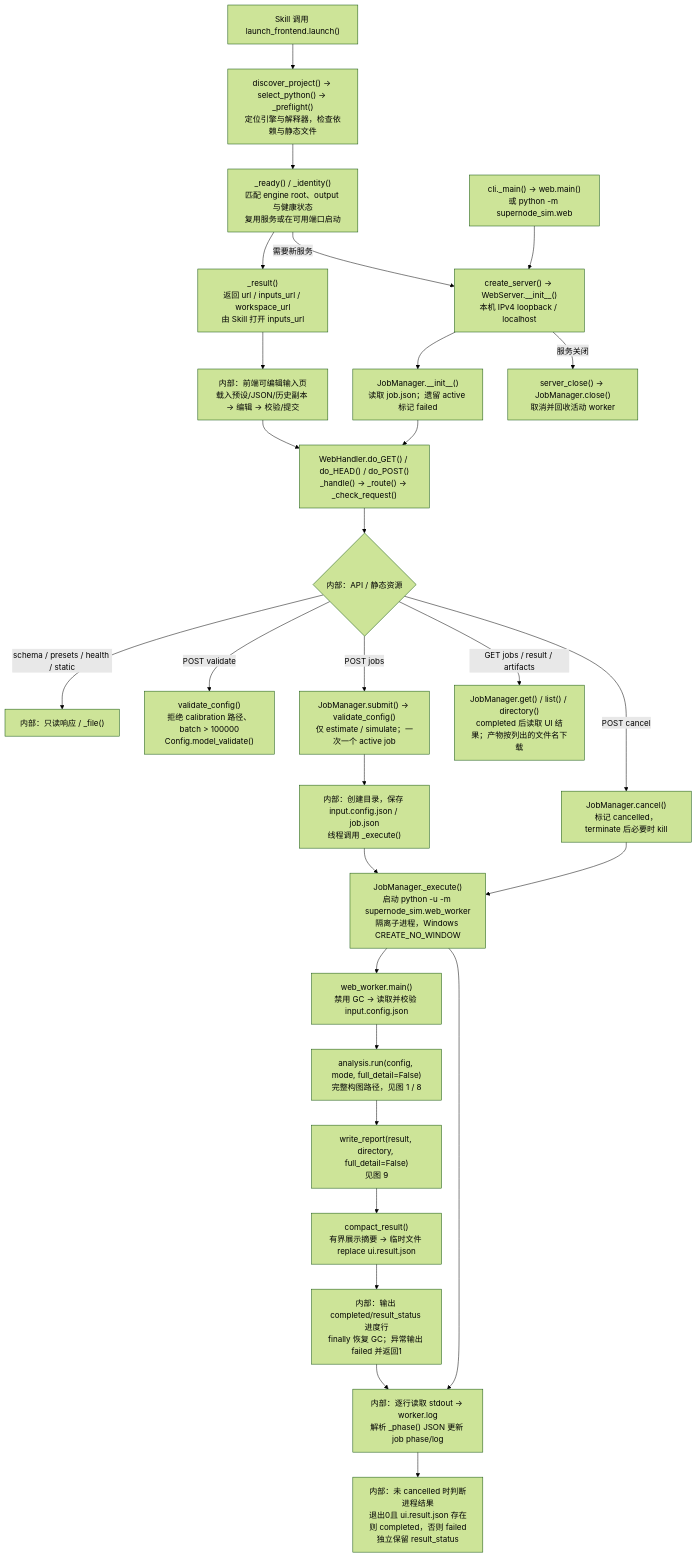
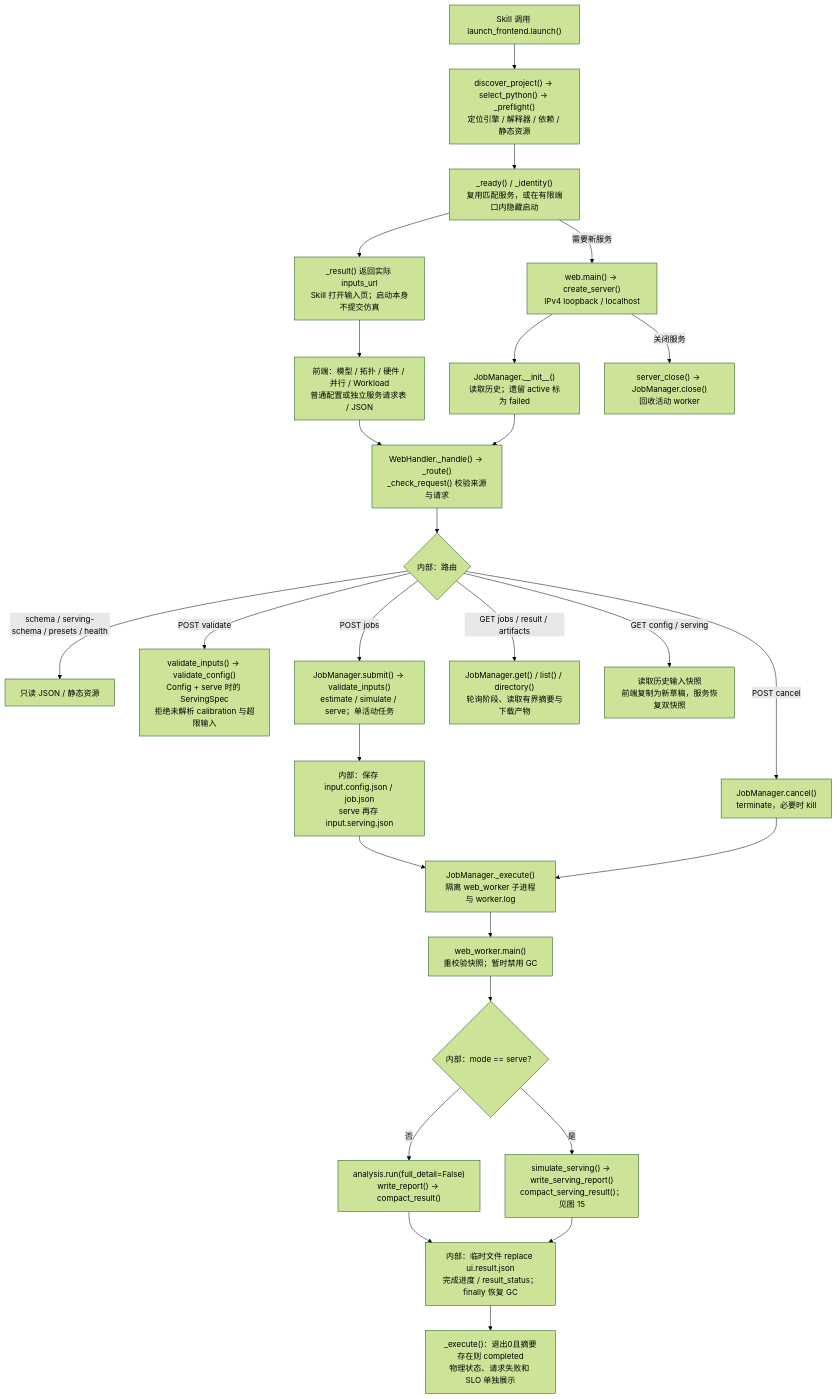
The diagram in docs/diagrams/14-web-worker.mmd (GuangyuZhu04/supernode_simulation), drawn with Mermaid (forest theme) before and after one commit. The commit also changed 71 other files, not shown here.

```diff
--- a/docs/diagrams/14-web-worker.mmd
+++ b/docs/diagrams/14-web-worker.mmd
@@ -1,28 +1,27 @@
 flowchart TD
-    SKILL["Skill 调用 launch_frontend.launch()"] --> DISCOVER["discover_project() → select_python() → _preflight()<br/>定位引擎与解释器，检查依赖与静态文件"]
-    DISCOVER --> REUSE["_ready() / _identity()<br/>匹配 engine root、output 与健康状态<br/>复用服务或在可用端口启动"]
-    REUSE --> URL["_result()<br/>返回 url / inputs_url / workspace_url<br/>由 Skill 打开 inputs_url"]
-    URL --> EDIT["内部：前端可编辑输入页<br/>载入预设/JSON/历史副本 → 编辑 → 校验/提交"]
-    ENTRY["cli._main() → web.main()<br/>或 python -m supernode_sim.web"] --> SERVER["create_server() → WebServer.__init__()<br/>本机 IPv4 loopback / localhost"]
-    REUSE -->|需要新服务| SERVER
-    SERVER --> RESTORE["JobManager.__init__()<br/>读取 job.json；遗留 active 标记 failed"]
-    RESTORE --> HTTP["WebHandler.do_GET() / do_HEAD() / do_POST()<br/>_handle() → _route() → _check_request()"]
+    SKILL["Skill 调用 launch_frontend.launch()"] --> DISCOVER["discover_project() → select_python() → _preflight()<br/>定位引擎 / 解释器 / 依赖 / 静态资源"]
+    DISCOVER --> REUSE["_ready() / _identity()<br/>复用匹配服务，或在有限端口内隐藏启动"]
+    REUSE --> URL["_result() 返回实际 inputs_url<br/>Skill 打开输入页；启动本身不提交仿真"]
+    URL --> EDIT["前端：模型 / 拓扑 / 硬件 / 并行 / Workload<br/>普通配置或独立服务请求表 / JSON"]
+    ENTRY["web.main() → create_server()<br/>IPv4 loopback / localhost"] --> RESTORE["JobManager.__init__()<br/>读取历史；遗留 active 标为 failed"]
+    REUSE -->|需要新服务| ENTRY
+    RESTORE --> HTTP["WebHandler._handle() → _route()<br/>_check_request() 校验来源与请求"]
     EDIT --> HTTP
-    HTTP --> ROUTE{"内部：API / 静态资源"}
-    ROUTE -->|schema / presets / health / static| READ["内部：只读响应 / _file()"]
-    ROUTE -->|POST validate| VALID["validate_config()<br/>拒绝 calibration 路径、batch > 100000<br/>Config.model_validate()"]
-    ROUTE -->|POST jobs| SUBMIT["JobManager.submit() → validate_config()<br/>仅 estimate / simulate；一次一个 active job"]
-    SUBMIT --> SAVE["内部：创建目录，保存 input.config.json / job.json<br/>线程调用 _execute()"]
-    SAVE --> PROCESS["JobManager._execute()<br/>启动 python -u -m supernode_sim.web_worker<br/>隔离子进程，Windows CREATE_NO_WINDOW"]
-    PROCESS --> WORKER["web_worker.main()<br/>禁用 GC → 读取并校验 input.config.json"]
-    WORKER --> RUN["analysis.run(config, mode, full_detail=False)<br/>完整构图路径，见图 1 / 8"]
-    RUN --> EXPORT["write_report(result, directory, full_detail=False)<br/>见图 9"]
-    EXPORT --> UI["compact_result()<br/>有界展示摘要 → 临时文件 replace ui.result.json"]
-    UI --> END["内部：输出 completed/result_status 进度行<br/>finally 恢复 GC；异常输出 failed 并返回1"]
-    PROCESS --> PROGRESS["内部：逐行读取 stdout → worker.log<br/>解析 _phase() JSON 更新 job phase/log"]
-    END --> PROGRESS
-    PROGRESS --> COMPLETE["内部：未 cancelled 时判断进程结果<br/>退出0且 ui.result.json 存在则 completed，否则 failed<br/>独立保留 result_status"]
-    ROUTE -->|GET jobs / result / artifacts| QUERY["JobManager.get() / list() / directory()<br/>completed 后读取 UI 结果；产物按列出的文件名下载"]
-    ROUTE -->|POST cancel| CANCEL["JobManager.cancel()<br/>标记 cancelled，terminate 后必要时 kill"]
+    HTTP --> ROUTE{"内部：路由"}
+    ROUTE -->|schema / serving-schema / presets / health| READ["只读 JSON / 静态资源"]
+    ROUTE -->|POST validate| VALID["validate_inputs() → validate_config()<br/>Config + serve 时的 ServingSpec<br/>拒绝未解析 calibration 与超限输入"]
+    ROUTE -->|POST jobs| SUBMIT["JobManager.submit() → validate_inputs()<br/>estimate / simulate / serve；单活动任务"]
+    SUBMIT --> SAVE["内部：保存 input.config.json / job.json<br/>serve 再存 input.serving.json"]
+    SAVE --> PROCESS["JobManager._execute()<br/>隔离 web_worker 子进程与 worker.log"]
+    PROCESS --> WORKER["web_worker.main()<br/>重校验快照；暂时禁用 GC"]
+    WORKER --> MODE{"内部：mode == serve？"}
+    MODE -->|否| RUN["analysis.run(full_detail=False)<br/>write_report() → compact_result()"]
+    MODE -->|是| SERVE["simulate_serving() → write_serving_report()<br/>compact_serving_result()；见图 15"]
+    RUN --> UI["内部：临时文件 replace ui.result.json<br/>完成进度 / result_status；finally 恢复 GC"]
+    SERVE --> UI
+    UI --> STATUS["_execute()：退出0且摘要存在则 completed<br/>物理状态、请求失败和 SLO 单独展示"]
+    ROUTE -->|GET jobs / result / artifacts| QUERY["JobManager.get() / list() / directory()<br/>轮询阶段、读取有界摘要与下载产物"]
+    ROUTE -->|GET config / serving| HISTORY["读取历史输入快照<br/>前端复制为新草稿，服务恢复双快照"]
+    ROUTE -->|POST cancel| CANCEL["JobManager.cancel()<br/>terminate，必要时 kill"]
     CANCEL --> PROCESS
-    SERVER -->|服务关闭| CLOSE["server_close() → JobManager.close()<br/>取消并回收活动 worker"]
+    ENTRY -->|关闭服务| CLOSE["server_close() → JobManager.close()<br/>回收活动 worker"]
```
